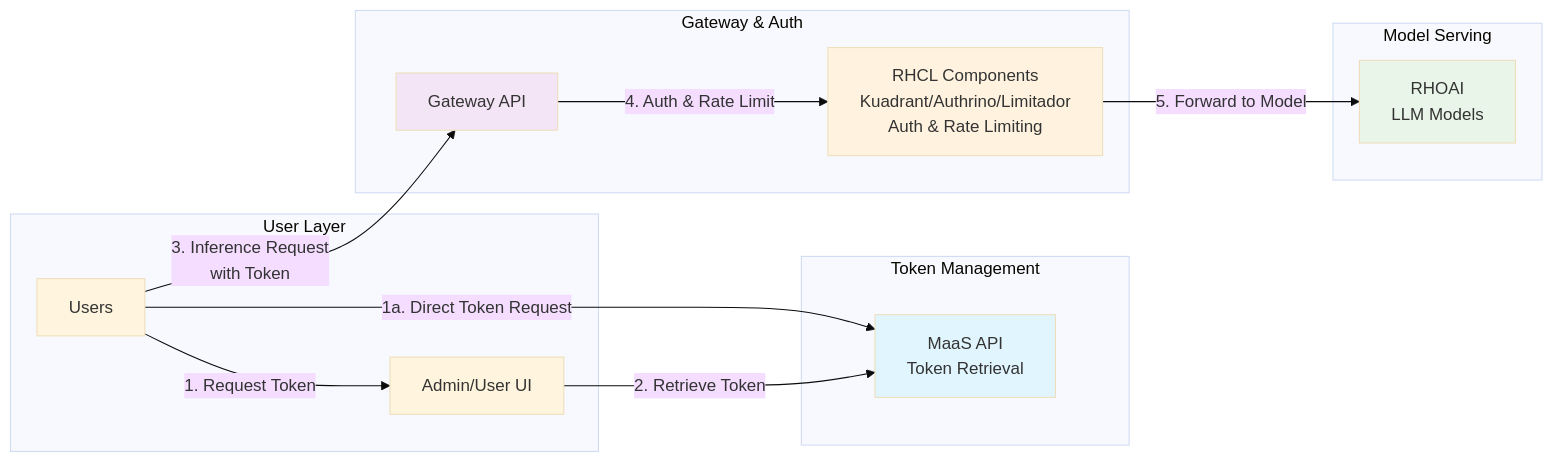
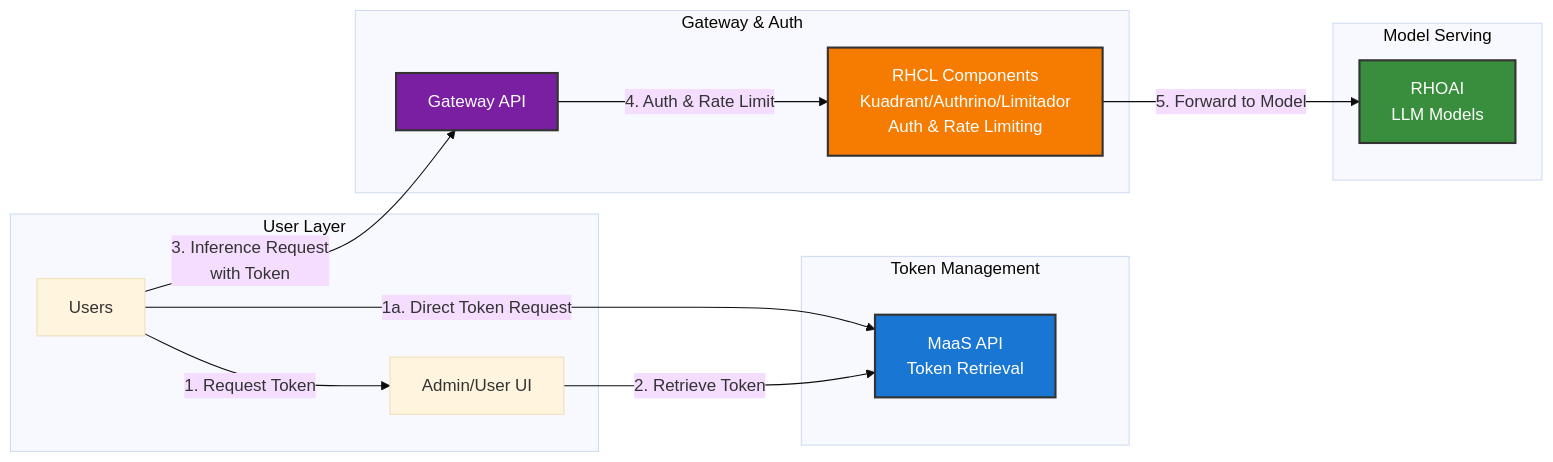
Before and after one commit to yossiovadia/maas-billing: the first of 5 diagrams in docs/content/architecture.md, drawn with Mermaid (base theme). The commit also changed other lines of this file, not shown here.

Commit message:
docs: update architecture diagram styles for improved clarity (#193)

````diff
--- a/docs/content/architecture.md
+++ b/docs/content/architecture.md
@@ -13,32 +13,32 @@
 ```mermaid
 graph LR
     subgraph "User Layer"
         User[Users]
         AdminUI[Admin/User UI]
     end
     
     subgraph "Token Management"
         MaaSAPI[MaaS API<br/>Token Retrieval]
     end
     
     subgraph "Gateway & Auth"
         GatewayAPI[Gateway API]
         RHCL[RHCL Components<br/>Kuadrant/Authrino/Limitador<br/>Auth & Rate Limiting]
     end
     
     subgraph "Model Serving"
         RHOAI[RHOAI<br/>LLM Models]
     end
     
     User -->|1. Request Token| AdminUI
     User -->|1a. Direct Token Request| MaaSAPI
     AdminUI -->|2. Retrieve Token| MaaSAPI
     User -->|3. Inference Request<br/>with Token| GatewayAPI
     GatewayAPI -->|4. Auth & Rate Limit| RHCL
     RHCL -->|5. Forward to Model| RHOAI
     
-    style MaaSAPI fill:#e1f5fe
-    style GatewayAPI fill:#f3e5f5
-    style RHCL fill:#fff3e0
-    style RHOAI fill:#e8f5e8
+    style MaaSAPI fill:#1976d2,stroke:#333,stroke-width:2px,color:#fff
+    style GatewayAPI fill:#7b1fa2,stroke:#333,stroke-width:2px,color:#fff
+    style RHCL fill:#f57c00,stroke:#333,stroke-width:2px,color:#fff
+    style RHOAI fill:#388e3c,stroke:#333,stroke-width:2px,color:#fff
 ```
````
